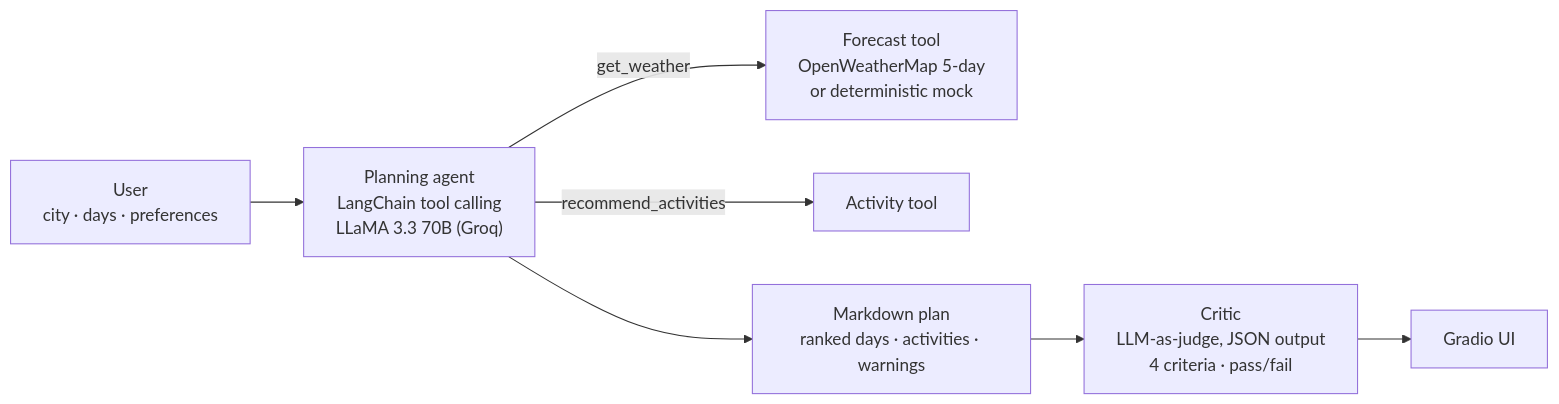
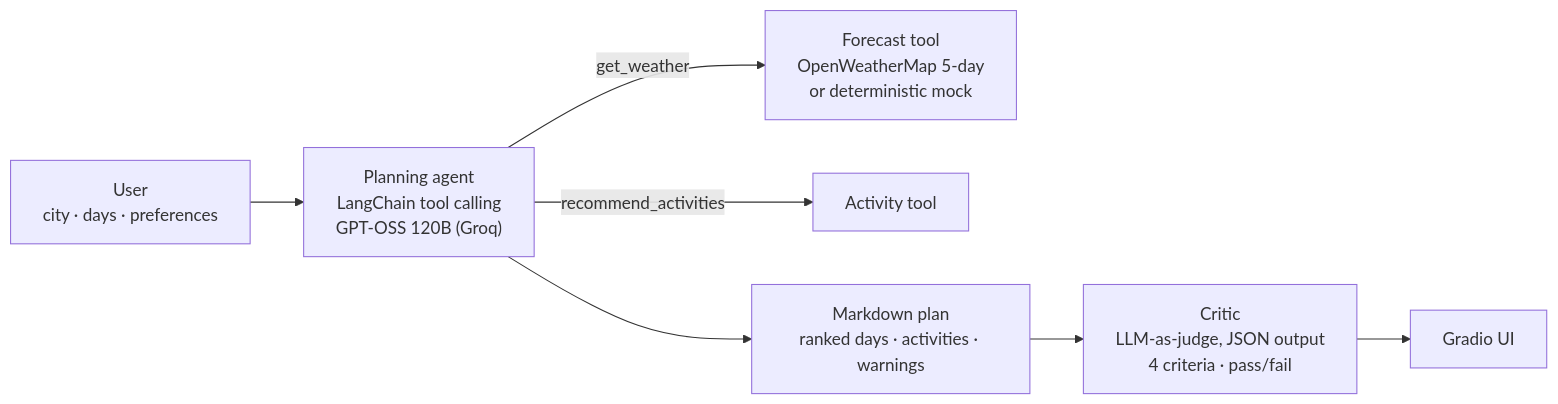
One commit to dorukozcan/weather-aware-travel-agent changed the diagram in README.md. Above: the diagram before and after it, drawn with Mermaid. The commit also changed other lines of this file and 5 other files, not shown here.

First line of the commit message:
Switch to openai/gpt-oss-120b and label LLM fallbacks

````diff
--- a/README.md
+++ b/README.md
@@ -20,9 +24,9 @@
 ```mermaid
 flowchart LR
-    U["User<br/>city · days · preferences"] --> A["Planning agent<br/>LangChain tool calling<br/>LLaMA 3.3 70B (Groq)"]
+    U["User<br/>city · days · preferences"] --> A["Planning agent<br/>LangChain tool calling<br/>GPT-OSS 120B (Groq)"]
     A -- get_weather --> W["Forecast tool<br/>OpenWeatherMap 5-day<br/>or deterministic mock"]
     A -- recommend_activities --> R["Activity tool"]
     A --> P["Markdown plan<br/>ranked days · activities · warnings"]
     P --> C["Critic<br/>LLM-as-judge, JSON output<br/>4 criteria · pass/fail"]
     C --> G["Gradio UI"]
 ```
````
